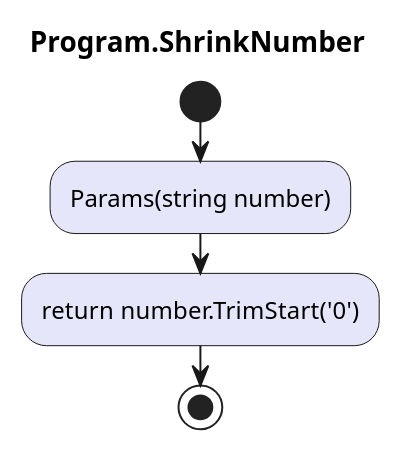
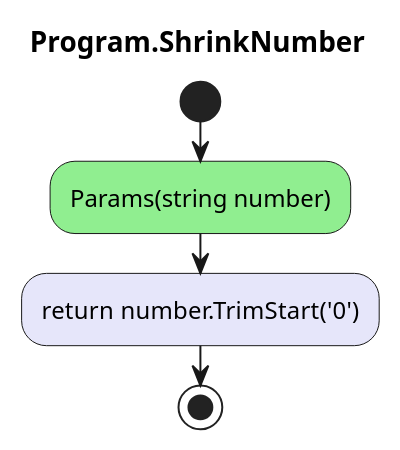
One commit to leoggehrer/2324-34_ABIF_ACIF_POSE changed the diagram in BinaryAdder.ConApp/diagrams/ac_Program_ShrinkNumber.puml. Above: the diagram before and after it, drawn with PlantUML. The commit also changed 38 other files, not shown here.

Commit message:
Generated diagrams.

```diff
--- a/BinaryAdder.ConApp/diagrams/ac_Program_ShrinkNumber.puml
+++ b/BinaryAdder.ConApp/diagrams/ac_Program_ShrinkNumber.puml
@@ -1,7 +1,7 @@
 @startuml Program.ShrinkNumber
 title Program.ShrinkNumber
 start
-#Lavender:Params(string number);
+#LightGreen:Params(string number);
 #Lavender:return number.TrimStart('0');
 stop
 @enduml
```
